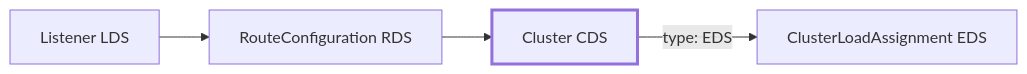
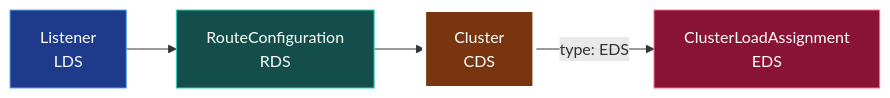
The diagram in docs/05-cds/README.md (0-draft/envoy-xds-deep-dive), drawn with Mermaid before and after one commit. The commit also changed 27 other files, not shown here.

First line of the commit message:
docs: semantic color, distinct shapes, and a11y metadata for all mermaid diagrams

````diff
--- a/docs/05-cds/README.md
+++ b/docs/05-cds/README.md
@@ -10,7 +10,17 @@
 ```mermaid
 flowchart LR
-    L[Listener LDS] --> R[RouteConfiguration RDS]
-    R --> C[Cluster CDS]
-    C -- "type: EDS" --> E[ClusterLoadAssignment EDS]
-    style C stroke-width:3px
+    accTitle: Where CDS sits in the dependency chain
+    accDescr: The Cluster, served by CDS, is highlighted. A Route points to it, and when its type is EDS it defers its endpoints to a ClusterLoadAssignment.
+    L[Listener<br/>LDS] --> R[RouteConfiguration<br/>RDS]
+    R --> C[Cluster<br/>CDS]
+    C -- "type: EDS" --> E[ClusterLoadAssignment<br/>EDS]
+    class L lds
+    class R rds
+    class C cds
+    class E eds
+    style C stroke:#fff,stroke-width:4px
+    classDef lds fill:#1e3a8a,stroke:#60a5fa,color:#fff
+    classDef rds fill:#134e4a,stroke:#2dd4bf,color:#fff
+    classDef cds fill:#78350f,stroke:#fbbf24,color:#fff
+    classDef eds fill:#881337,stroke:#fb7185,color:#fff
 ```
````
